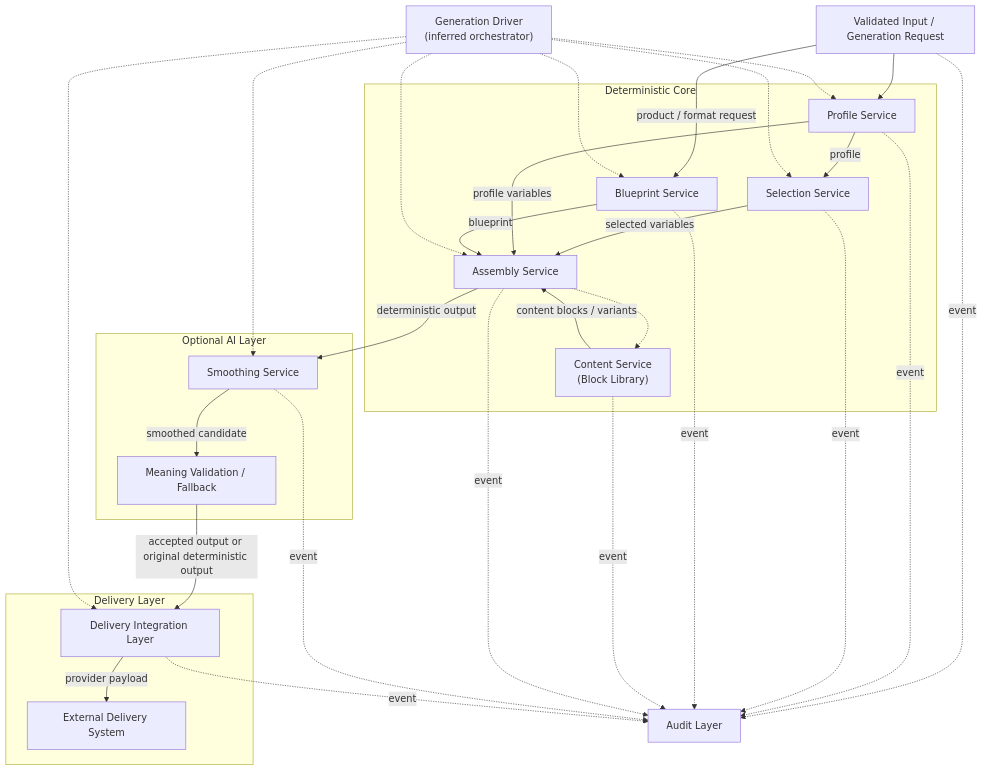
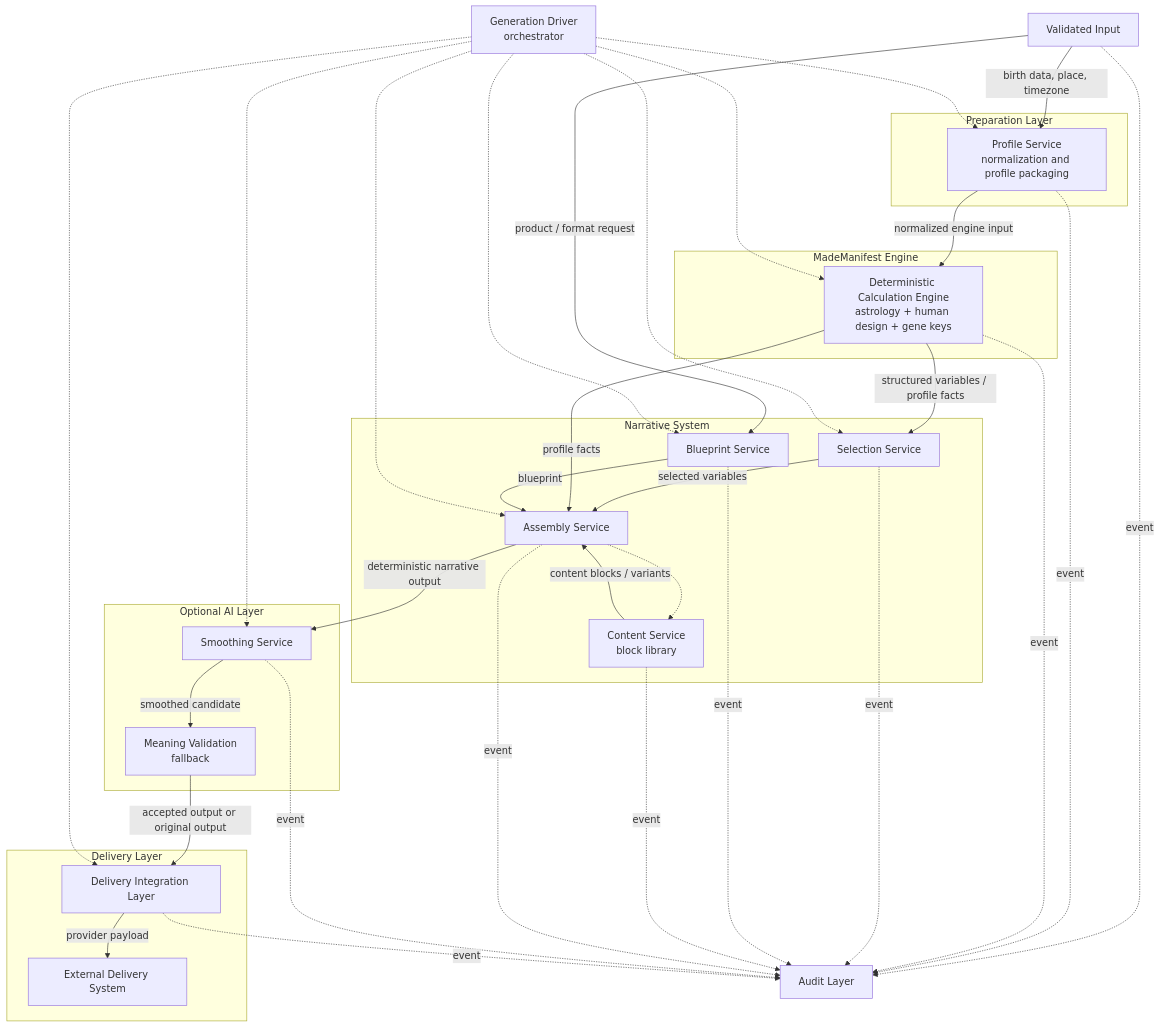
One commit to informatimago/mademanifest changed the diagram in architecture/diagram.mmd. Above: the diagram before and after it, drawn with Mermaid. The commit also changed 2 other files, not shown here.

Commit message:
Add Mermaid diagram build target

```diff
--- a/architecture/diagram.mmd
+++ b/architecture/diagram.mmd
@@ -1,54 +1,64 @@
 
 flowchart TB
-    U["Validated Input / Generation Request"]
-    G["Generation Driver\n(inferred orchestrator)"]
+    U["Validated Input"]
+    G["Generation Driver<br/>orchestrator"]
 
-    subgraph Core["Deterministic Core"]
-        P["Profile Service"]
+    subgraph Prep["Preparation Layer"]
+        P["Profile Service<br/>normalization and profile packaging"]
+    end
+
+    subgraph EngineZone["MadeManifest Engine"]
+        E["Deterministic Calculation Engine<br/>astrology + human design + gene keys"]
+    end
+
+    subgraph Narrative["Narrative System"]
         S["Selection Service"]
         B["Blueprint Service"]
-        C["Content Service\n(Block Library)"]
+        C["Content Service<br/>block library"]
         A["Assembly Service"]
     end
 
     subgraph Optional["Optional AI Layer"]
         M["Smoothing Service"]
-        V["Meaning Validation / Fallback"]
+        V["Meaning Validation<br/>fallback"]
     end
 
     subgraph Delivery["Delivery Layer"]
         D["Delivery Integration Layer"]
         X["External Delivery System"]
     end
 
     T["Audit Layer"]
 
-    U --> P
-    P -->|"profile"| S
+    U -->|"birth data, place, timezone"| P
+    P -->|"normalized engine input"| E
+    E -->|"structured variables / profile facts"| S
     U -->|"product / format request"| B
     S -->|"selected variables"| A
-    P -->|"profile variables"| A
+    E -->|"profile facts"| A
     B -->|"blueprint"| A
     C -->|"content blocks / variants"| A
-    A -->|"deterministic output"| M
+    A -->|"deterministic narrative output"| M
     M -->|"smoothed candidate"| V
-    V -->|"accepted output or original deterministic output"| D
+    V -->|"accepted output or original output"| D
     D -->|"provider payload"| X
 
     G -.-> P
+    G -.-> E
     G -.-> S
     G -.-> B
     G -.-> A
     G -.-> M
     G -.-> D
 
     A -.-> C
 
     U -. event .-> T
     P -. event .-> T
+    E -. event .-> T
     S -. event .-> T
     B -. event .-> T
     C -. event .-> T
     A -. event .-> T
     M -. event .-> T
     D -. event .-> T
```
